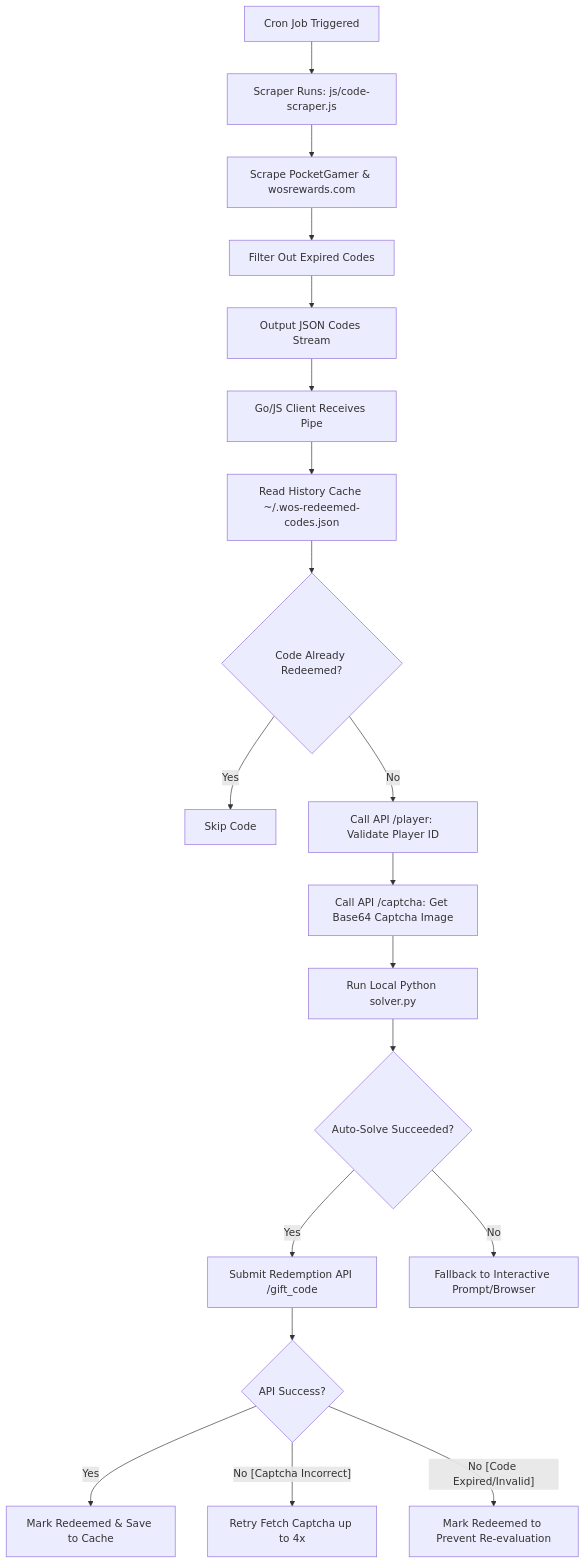
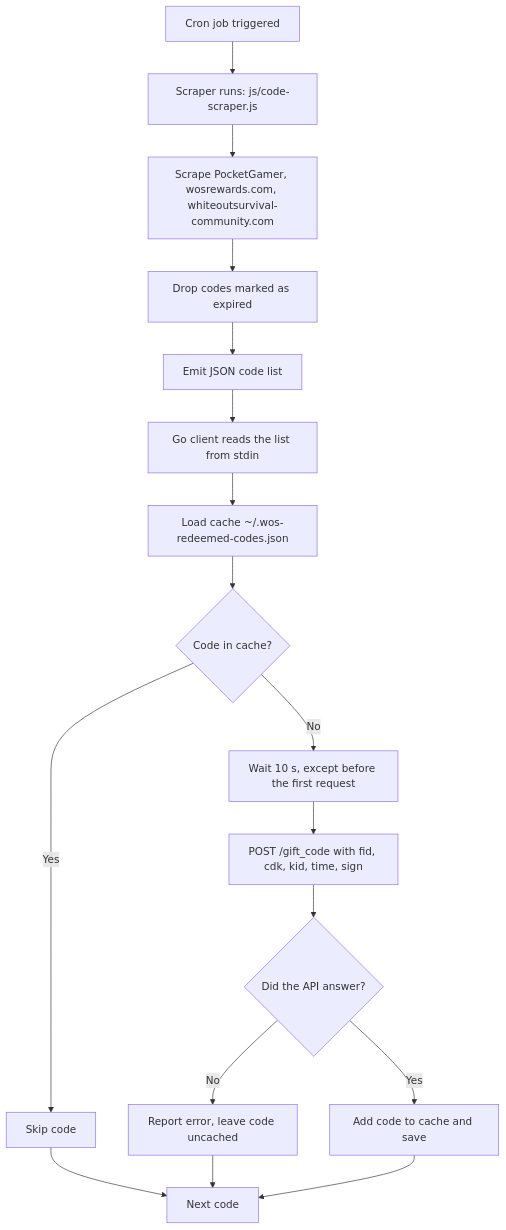
One commit to wos-automator/wos-giftcode-cli changed the diagram in README.md. Above: the diagram before and after it, drawn with Mermaid. The commit also changed other lines of this file and 3 other files, not shown here.

First line of the commit message:
docs: update README and protocol description for the new gift code API

````diff
--- a/README.md
+++ b/README.md
@@ -112,21 +191,19 @@
 ```mermaid
 graph TD
-    A[Cron Job Triggered] --> B[Scraper Runs: js/code-scraper.js]
-    B --> C[Scrape PocketGamer & wosrewards.com]
-    C --> D[Filter Out Expired Codes]
-    D --> E[Output JSON Codes Stream]
-    E --> F[Go/JS Client Receives Pipe]
-    F --> G[Read History Cache ~/.wos-redeemed-codes.json]
-    G --> H{Code Already Redeemed?}
-    H -- Yes --> I[Skip Code]
-    H -- No --> J[Call API /player: Validate Player ID]
-    J --> K[Call API /captcha: Get Base64 Captcha Image]
-    K --> L[Run Local Python solver.py]
-    L --> M{Auto-Solve Succeeded?}
-    M -- Yes --> N[Submit Redemption API /gift_code]
-    M -- No --> O[Fallback to Interactive Prompt/Browser]
-    N --> P{API Success?}
-    P -- Yes --> Q[Mark Redeemed & Save to Cache]
-    P -- No [Captcha Incorrect] --> R[Retry Fetch Captcha up to 4x]
-    P -- No [Code Expired/Invalid] --> S[Mark Redeemed to Prevent Re-evaluation]
+    A[Cron job triggered] --> B[Scraper runs: js/code-scraper.js]
+    B --> C[Scrape PocketGamer, wosrewards.com, whiteoutsurvival-community.com]
+    C --> D[Drop codes marked as expired]
+    D --> E[Emit JSON code list]
+    E --> F[Go client reads the list from stdin]
+    F --> G[Load cache ~/.wos-redeemed-codes.json]
+    G --> H{Code in cache?}
+    H -- Yes --> I[Skip code]
+    H -- No --> J[Wait 10 s, except before the first request]
+    J --> K[POST /gift_code with fid, cdk, kid, time, sign]
+    K --> L{Did the API answer?}
+    L -- No --> M[Report error, leave code uncached]
+    L -- Yes --> N[Add code to cache and save]
+    I --> O[Next code]
+    M --> O
+    N --> O
 ```
````
